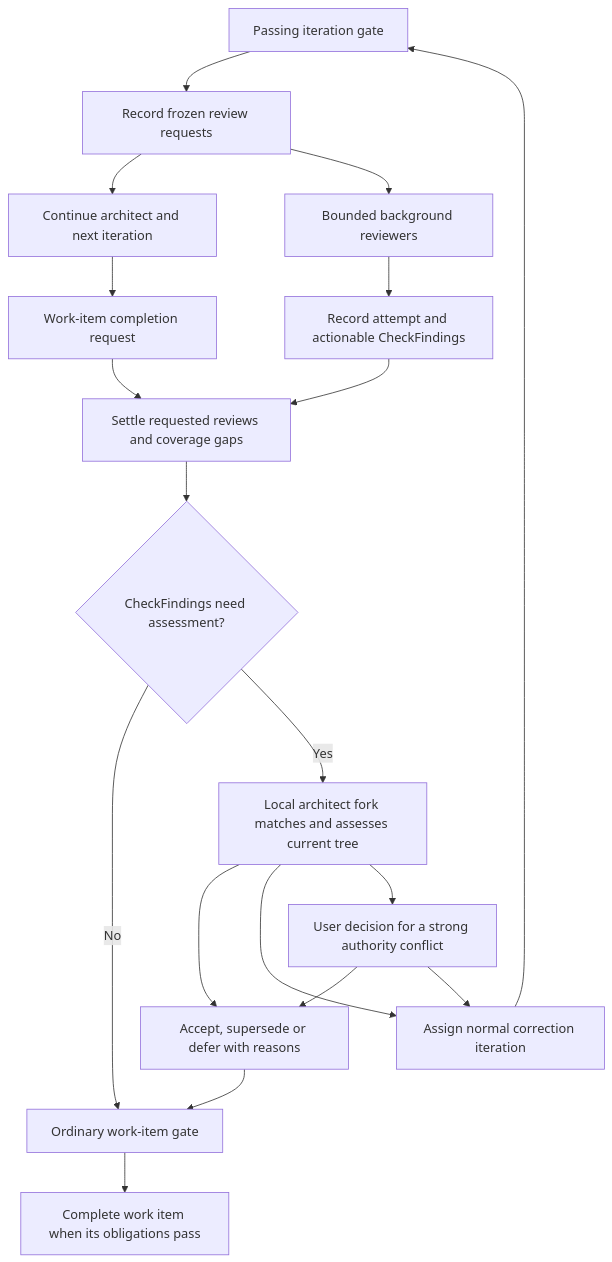
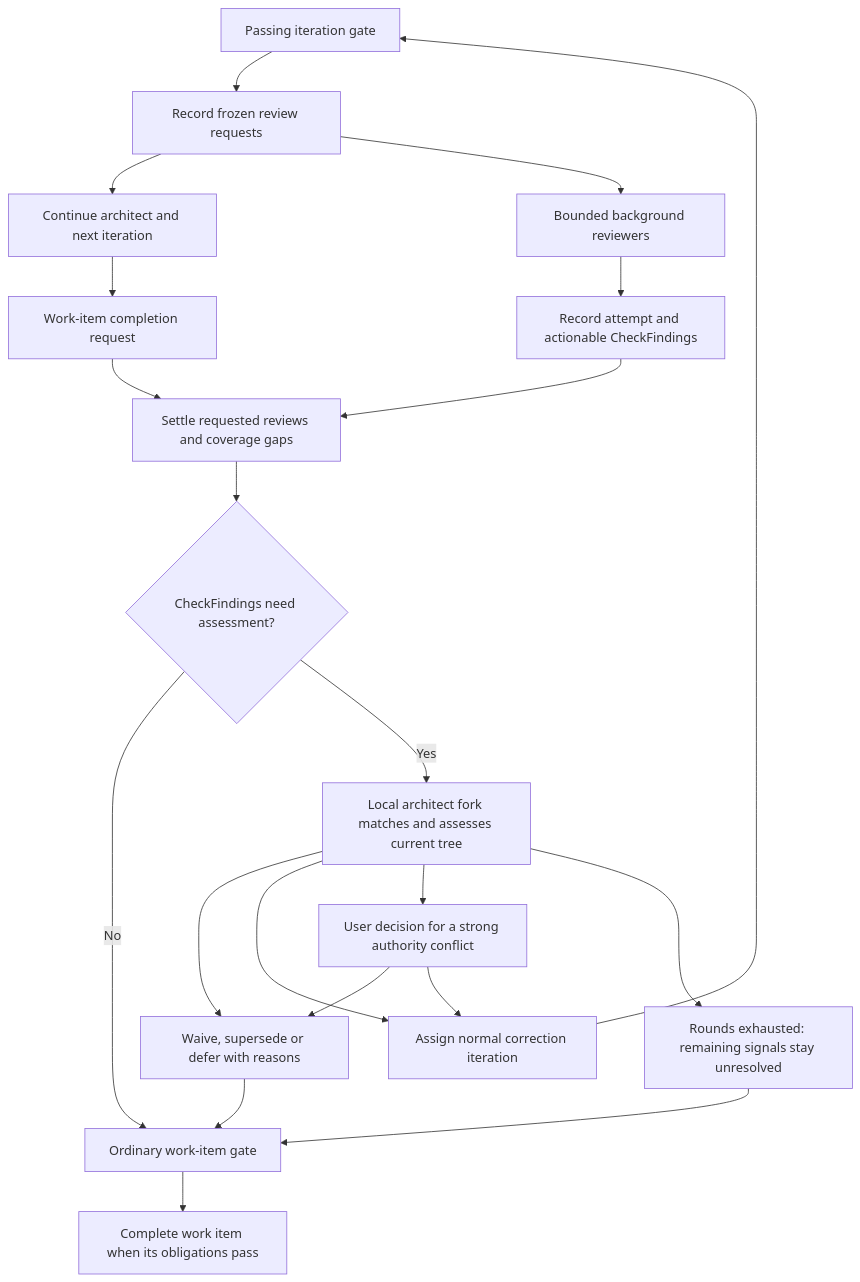
Before and after one commit to danmaz74/ramify-agent: the diagram in docs/architecture/check-findings.md, drawn with Mermaid. The commit also changed other lines of this file and 2 other files, not shown here.

First line of the commit message:
Revise CheckFinding principles: risk signals, provenance, waiving, bounded loop

````diff
--- a/docs/architecture/check-findings.md
+++ b/docs/architecture/check-findings.md
@@ -348,21 +363,23 @@
 ```mermaid
 flowchart TD
     G[Passing iteration gate] --> Q[Record frozen review requests]
     Q --> N[Continue architect and next iteration]
     Q --> R[Bounded background reviewers]
     R --> A[Record attempt and actionable CheckFindings]
     N --> C[Work-item completion request]
     C --> S[Settle requested reviews and coverage gaps]
     A --> S
     S --> O{CheckFindings need assessment?}
     O -- No --> W[Ordinary work-item gate]
     O -- Yes --> L[Local architect fork matches and assesses current tree]
-    L --> D[Accept, supersede or defer with reasons]
+    L --> D[Waive, supersede or defer with reasons]
     D --> W
     L --> E[Assign normal correction iteration]
     E --> G
     L --> U[User decision for a strong authority conflict]
     U --> D
     U --> E
+    L --> X[Rounds exhausted: remaining signals stay unresolved]
+    X --> W
     W --> F[Complete work item when its obligations pass]
 ```
````
